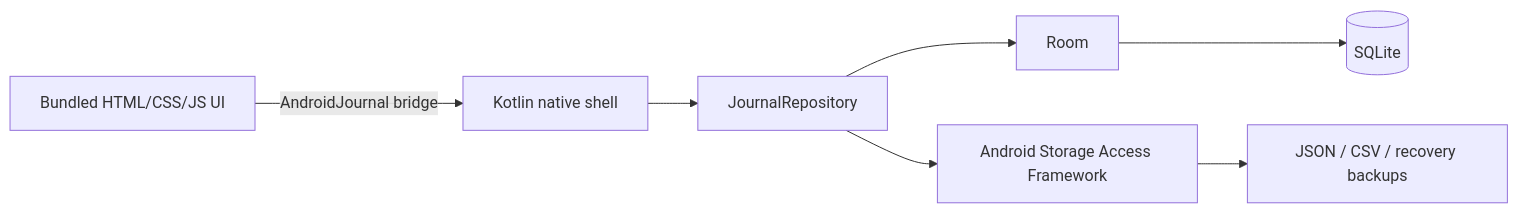
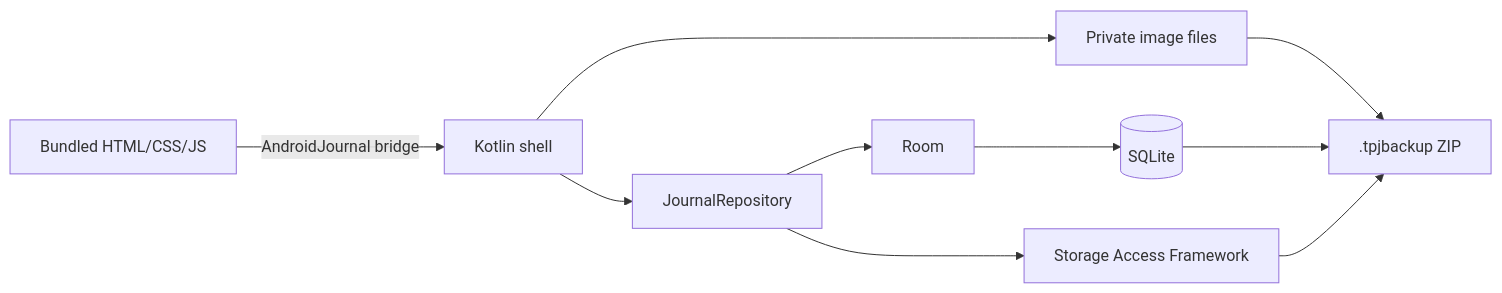
The diagram in README.md (rahmatmaul/trading-pnl-journal-android), drawn with Mermaid before and after one commit. The commit also changed other lines of this file and 1 other file, not shown here.

Commit message:
docs: publish V2 upgrade and recovery guide

````diff
--- a/README.md
+++ b/README.md
@@ -61,9 +72,12 @@
 ```mermaid
 flowchart LR
-    UI[Bundled HTML/CSS/JS UI] -->|AndroidJournal bridge| K[Kotlin native shell]
+    UI[Bundled HTML/CSS/JS] -->|AndroidJournal bridge| K[Kotlin shell]
     K --> R[JournalRepository]
     R --> ROOM[Room]
     ROOM --> SQL[(SQLite)]
-    R --> SAF[Android Storage Access Framework]
-    SAF --> B[JSON / CSV / recovery backups]
+    K --> IMG[Private image files]
+    R --> SAF[Storage Access Framework]
+    IMG --> PKG[.tpjbackup ZIP]
+    SQL --> PKG
+    SAF --> PKG
 ```
````
